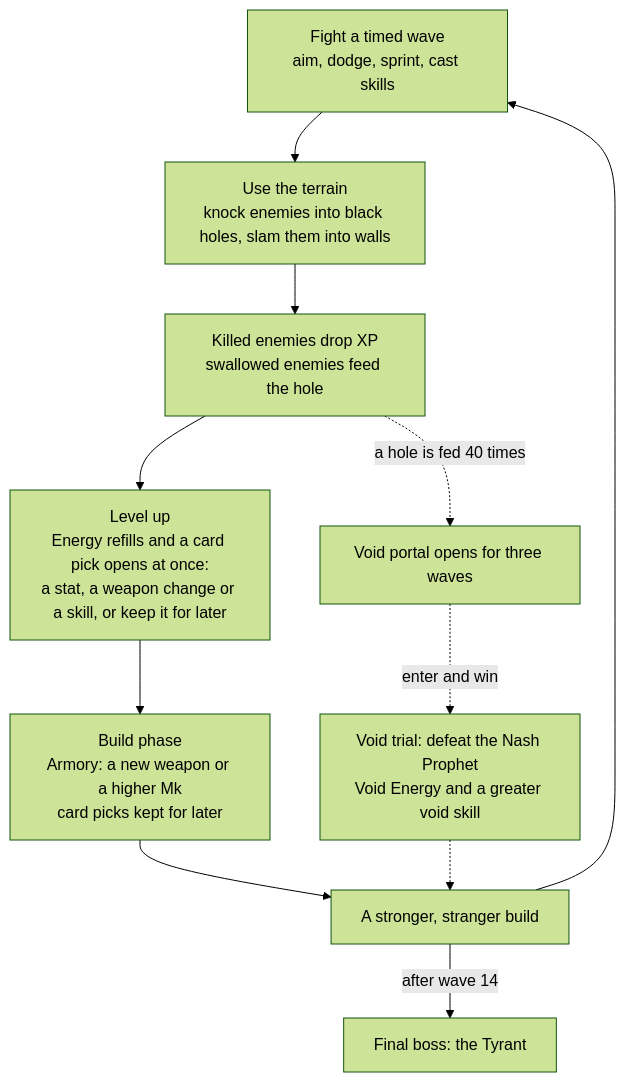
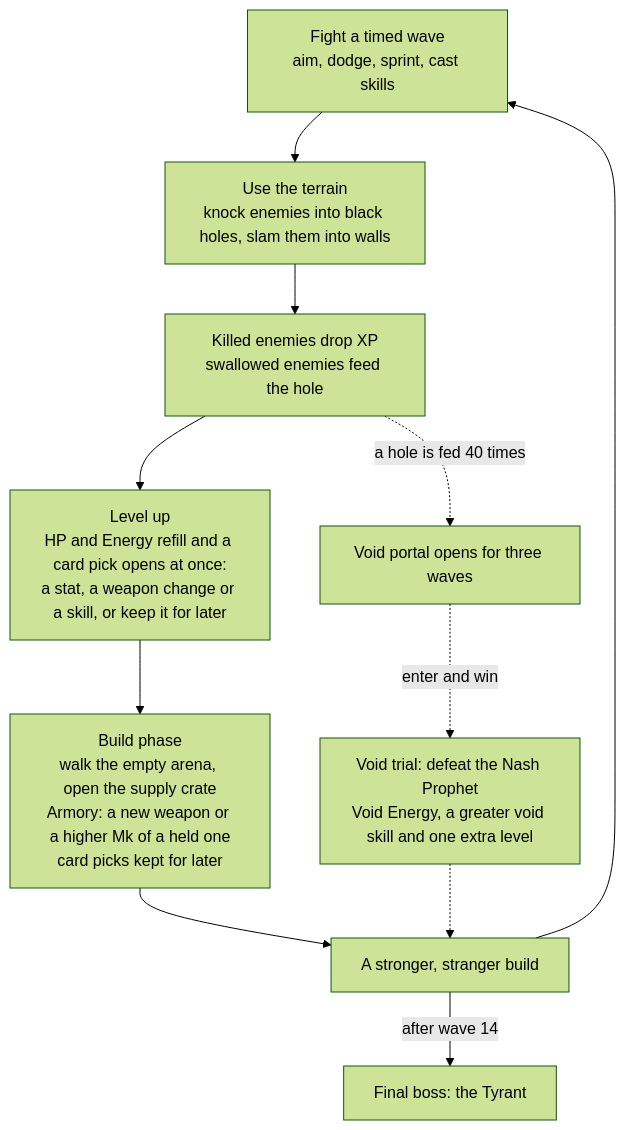
The diagram in Docs/GDD.md (CS526-Team-Code69/warp-arena-game), drawn with Mermaid (forest theme) before and after one commit. The commit also changed other lines of this file and 4 other files, not shown here.

````diff
--- a/Docs/GDD.md
+++ b/Docs/GDD.md
@@ -35,13 +35,13 @@
 ```mermaid
 flowchart TD
     Fight["Fight a timed wave<br/>aim, dodge, sprint, cast skills"] --> Terrain["Use the terrain<br/>knock enemies into black holes, slam them into walls"]
     Terrain --> Rewards["Killed enemies drop XP<br/>swallowed enemies feed the hole"]
-    Rewards --> Level["Level up<br/>Energy refills and a card pick opens at once:<br/>a stat, a weapon change or a skill, or keep it for later"]
-    Level --> Build["Build phase<br/>Armory: a new weapon or a higher Mk<br/>card picks kept for later"]
+    Rewards --> Level["Level up<br/>HP and Energy refill and a card pick opens at once:<br/>a stat, a weapon change or a skill, or keep it for later"]
+    Level --> Build["Build phase<br/>walk the empty arena, open the supply crate<br/>Armory: a new weapon or a higher Mk of a held one<br/>card picks kept for later"]
     Build --> Stronger["A stronger, stranger build"]
     Stronger --> Fight
     Rewards -. "a hole is fed 40 times" .-> Portal["Void portal opens for three waves"]
-    Portal -. "enter and win" .-> Trial["Void trial: defeat the Nash Prophet<br/>Void Energy and a greater void skill"]
+    Portal -. "enter and win" .-> Trial["Void trial: defeat the Nash Prophet<br/>Void Energy, a greater void skill and one extra level"]
     Trial -.-> Stronger
     Stronger -- "after wave 14" --> Boss["Final boss: the Tyrant"]
 ```
````
